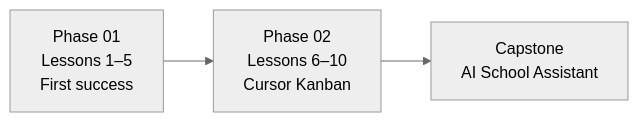
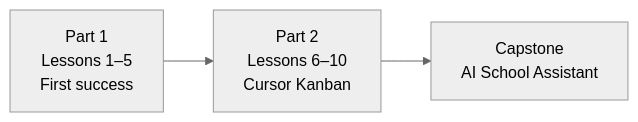
One commit to hbycwyh2008/Full-Stack-Web-and-AI-Application-Development changed the diagram in 02_Class_Missions/13-cursor-capstone/vibe-coding/README.md. Above: the diagram before and after it, drawn with Mermaid (neutral theme). The commit also changed other lines of this file and 48 other files, not shown here.

````diff
--- a/02_Class_Missions/13-cursor-capstone/vibe-coding/README.md
+++ b/02_Class_Missions/13-cursor-capstone/vibe-coding/README.md
@@ -20,5 +20,5 @@
 ```mermaid
 flowchart LR
-  P1["Phase 01<br/>Lessons 1–5<br/>First success"] --> P2["Phase 02<br/>Lessons 6–10<br/>Cursor Kanban"]
+  P1["Part 1<br/>Lessons 1–5<br/>First success"] --> P2["Part 2<br/>Lessons 6–10<br/>Cursor Kanban"]
   P2 --> CAP["Capstone<br/>AI School Assistant"]
 ```
````
